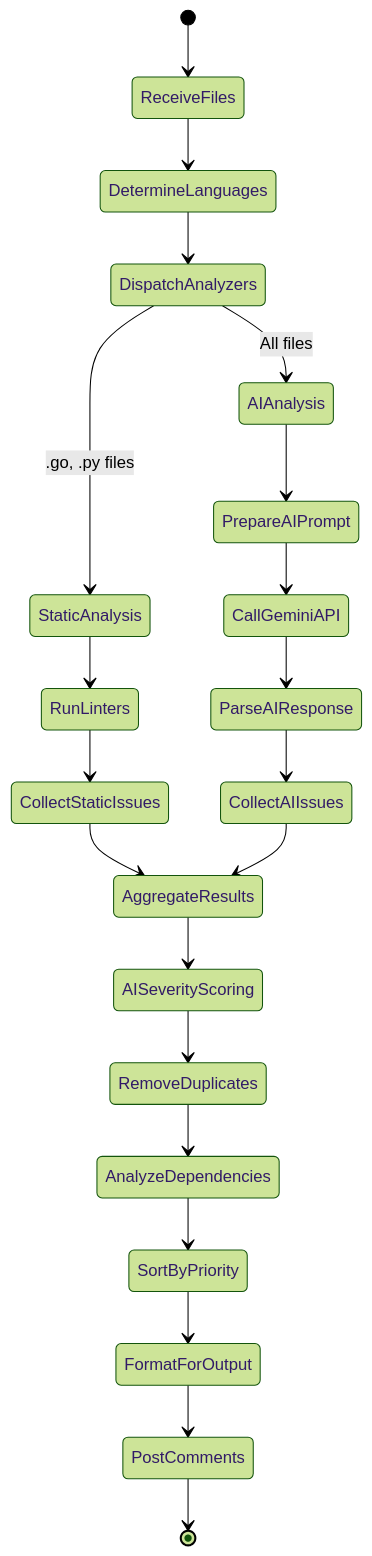
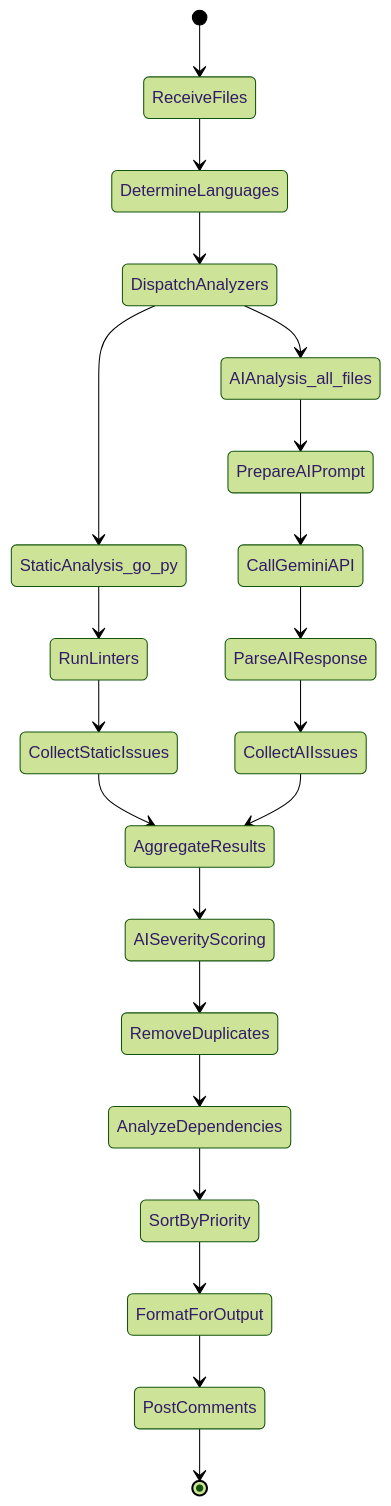
One commit to EuclidStellar/golloraa changed the third of 6 diagrams in logical_flow.md. Above: the diagram before and after it, drawn with Mermaid (forest theme). The commit also changed other lines of this file, not shown here.

First line of the commit message:
Refactor logical flow diagrams for consistency

````diff
--- a/logical_flow.md
+++ b/logical_flow.md
@@ -94,32 +90,23 @@
 ```mermaid
-
 stateDiagram-v2
     [*] --> ReceiveFiles
-    
     ReceiveFiles --> DetermineLanguages
     DetermineLanguages --> DispatchAnalyzers
-    
-    DispatchAnalyzers --> StaticAnalysis: .go, .py files
-    DispatchAnalyzers --> AIAnalysis: All files
-    
-    StaticAnalysis --> RunLinters
+    DispatchAnalyzers --> StaticAnalysis_go_py
+    DispatchAnalyzers --> AIAnalysis_all_files
+    StaticAnalysis_go_py --> RunLinters
     RunLinters --> CollectStaticIssues
-    
-    AIAnalysis --> PrepareAIPrompt
+    AIAnalysis_all_files --> PrepareAIPrompt
     PrepareAIPrompt --> CallGeminiAPI
     CallGeminiAPI --> ParseAIResponse
     ParseAIResponse --> CollectAIIssues
-    
     CollectStaticIssues --> AggregateResults
     CollectAIIssues --> AggregateResults
-    
     AggregateResults --> AISeverityScoring
     AISeverityScoring --> RemoveDuplicates
     RemoveDuplicates --> AnalyzeDependencies
     AnalyzeDependencies --> SortByPriority
     SortByPriority --> FormatForOutput
     FormatForOutput --> PostComments
-    
     PostComments --> [*]
-
 ```
````
